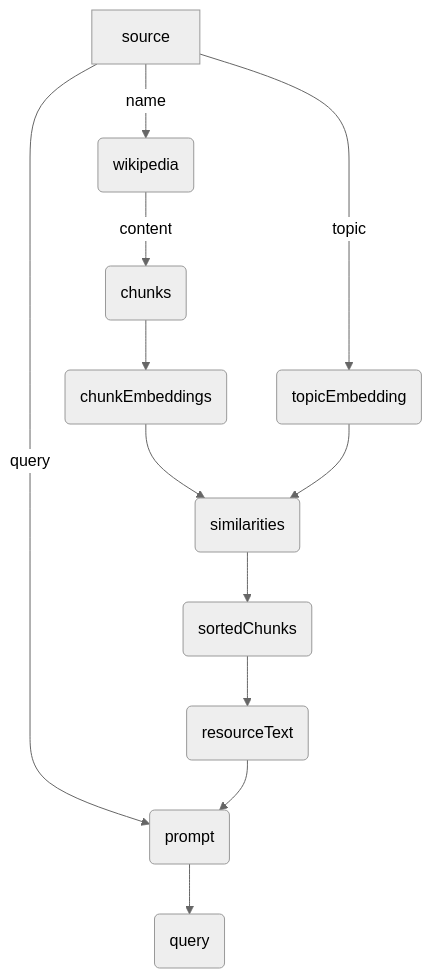
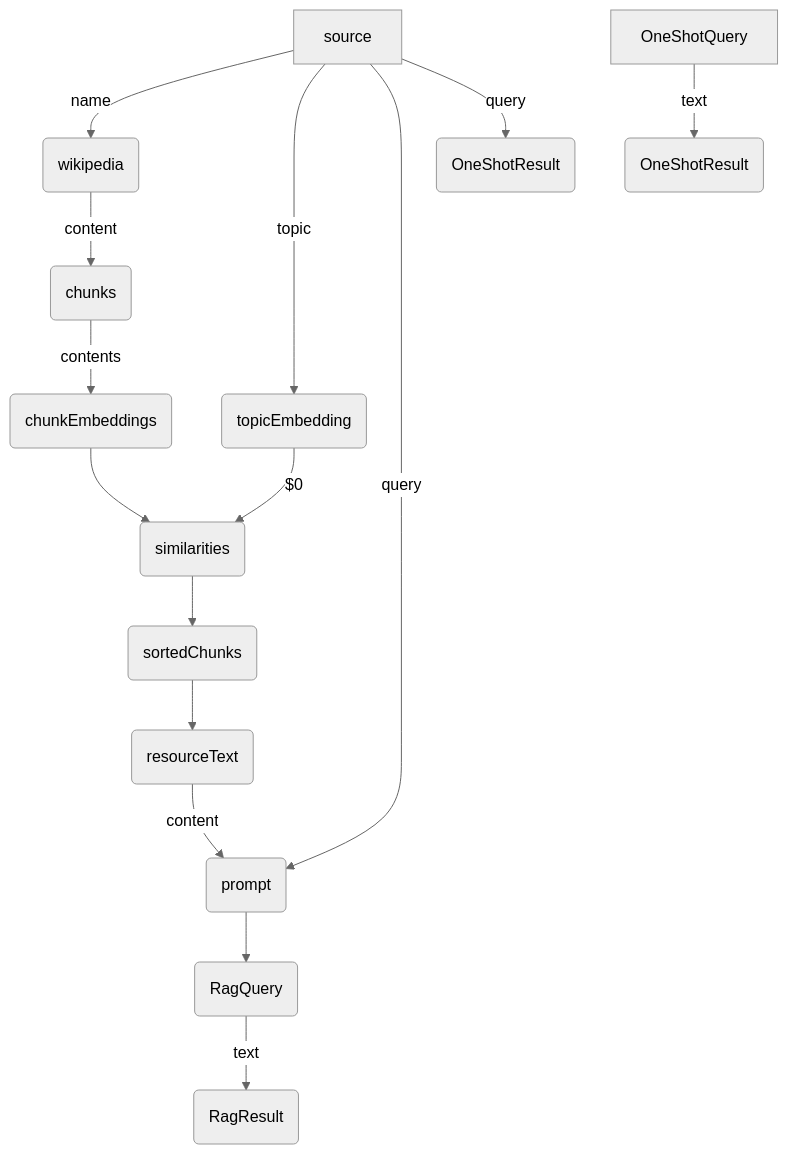
One commit to receptron/graphai changed the first of 5 diagrams in packages/graphai/README.template.md. Above: the diagram before and after it, drawn with Mermaid (neutral theme).

Commit message:
more mermaid change

````diff
--- a/packages/graphai/README.template.md
+++ b/packages/graphai/README.template.md
@@ -21,14 +21,17 @@
 ```mermaid
 flowchart TD
  source -- name --> wikipedia(wikipedia)
+ wikipedia -- content --> chunks(chunks)
+ chunks -- contents --> chunkEmbeddings(chunkEmbeddings)
  source -- topic --> topicEmbedding(topicEmbedding)
- wikipedia -- content --> chunks(chunks)
- chunks --> chunkEmbeddings(chunkEmbeddings)
  chunkEmbeddings --> similarities(similarities)
- topicEmbedding --> similarities
+ topicEmbedding -- $0 --> similarities
  similarities --> sortedChunks(sortedChunks)
  sortedChunks --> referenceText(resourceText)
+ referenceText -- content --> prompt
  source -- query --> prompt(prompt)
- referenceText --> prompt
- prompt --> RagQuery(query)
+ prompt --> RagQuery(RagQuery)
+ source -- query --> OnShotResult(OneShotResult)
+ RagQuery -- text --> RagResult(RagResult)
+ OneShotQuery -- text --> OneShotResult(OneShotResult)
 ```
````
